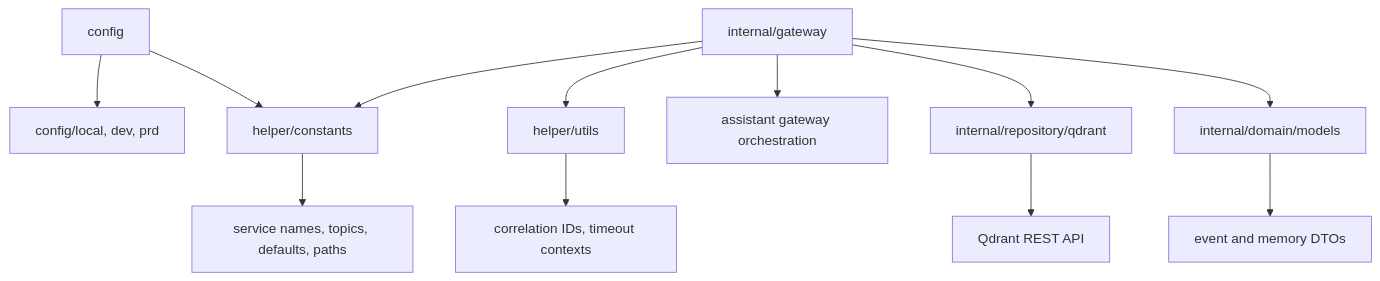
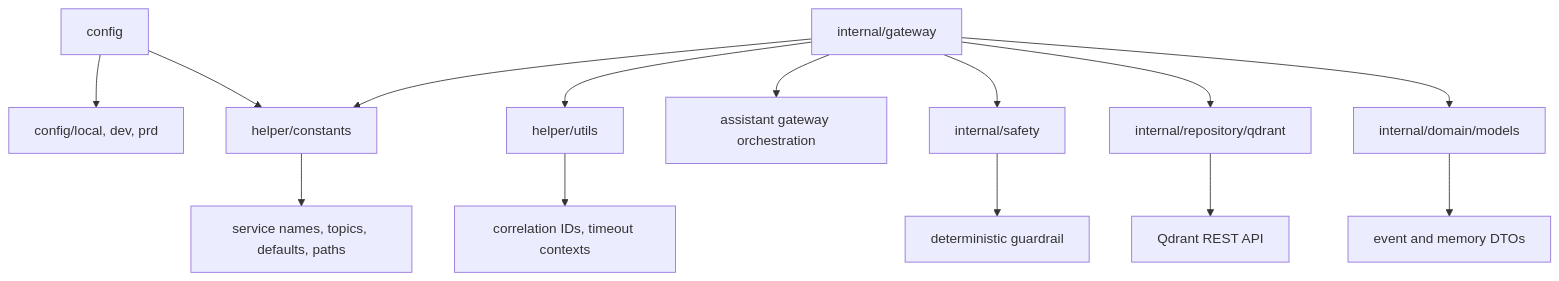
One commit to vucongthanh92/courier changed the second of 5 diagrams in agent-gateway/docs/codegraph.md. Above: the diagram before and after it, drawn with Mermaid. The commit also changed other lines of this file and 340 other files, not shown here.

````diff
--- a/agent-gateway/docs/codegraph.md
+++ b/agent-gateway/docs/codegraph.md
@@ -28,15 +28,17 @@
 ```mermaid
 flowchart TB
     ConfigPkg["config"] --> ConfigFiles["config/local, dev, prd"]
     HelperConstants["helper/constants"] --> Defaults["service names, topics, defaults, paths"]
     HelperUtils["helper/utils"] --> SmallHelpers["correlation IDs, timeout contexts"]
     GatewayPkg["internal/gateway"] --> Usecase["assistant gateway orchestration"]
+    SafetyPkg["internal/safety"] --> Guardrail["deterministic guardrail"]
     QdrantRepo["internal/repository/qdrant"] --> Qdrant["Qdrant REST API"]
     Models["internal/domain/models"] --> Contracts["event and memory DTOs"]
 
     GatewayPkg --> HelperUtils
     GatewayPkg --> HelperConstants
+    GatewayPkg --> SafetyPkg
     GatewayPkg --> QdrantRepo
     GatewayPkg --> Models
     ConfigPkg --> HelperConstants
 ```
````
